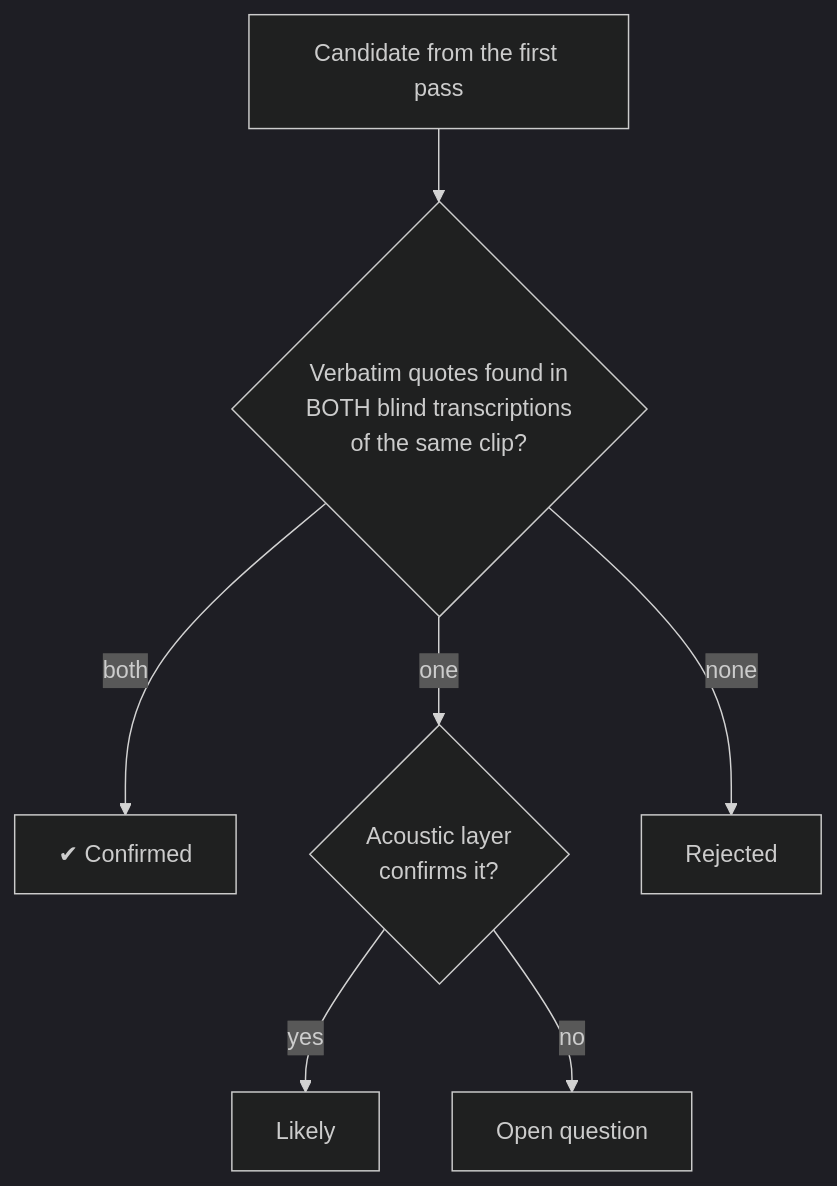
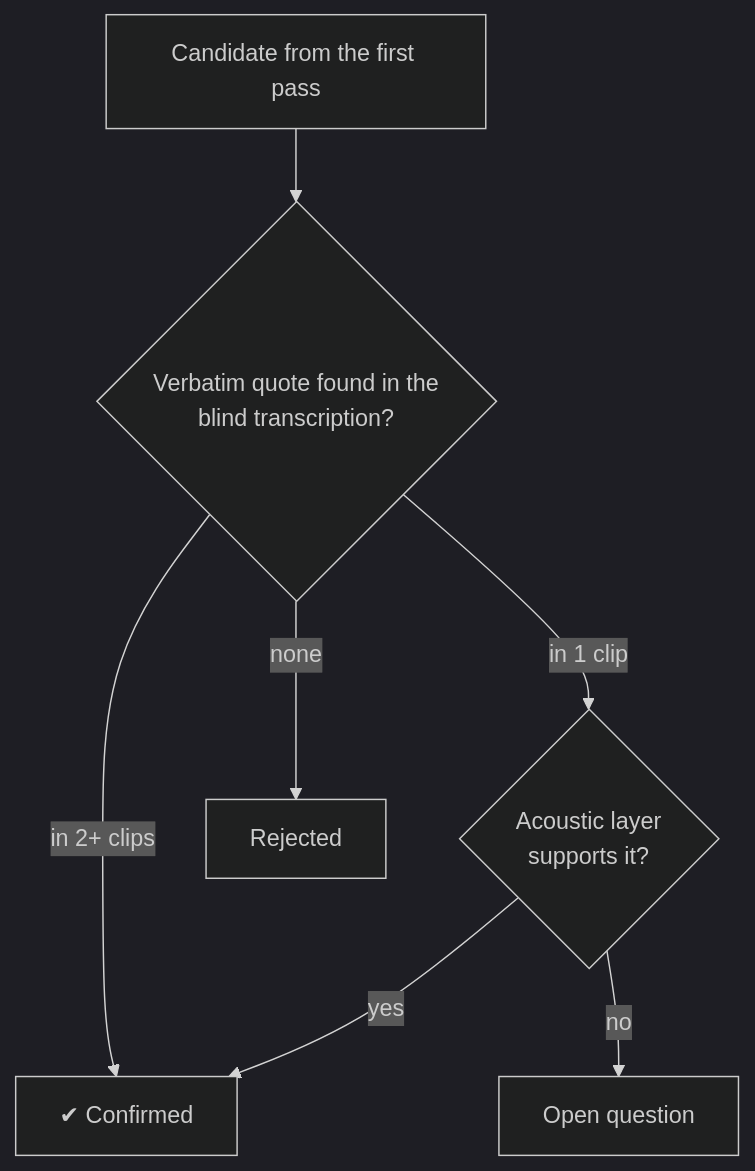
The second of 2 diagrams in README.md (leovvay/vymova), drawn with Mermaid (dark theme) before and after one commit. The commit also changed other lines of this file and 12 other files, not shown here.

First line of the commit message:
feat: single blind model (Gemini 4 Argon) by default; confirmation needs 2+ clips or acoustic support; optional second model in Settings

````diff
--- a/README.md
+++ b/README.md
@@ -87,9 +87,9 @@
 ```mermaid
 flowchart TD
-  cand[Candidate from the first pass] --> quotes{Verbatim quotes found in<br/>BOTH blind transcriptions<br/>of the same clip?}
-  quotes -- both --> conf[✔ Confirmed]
-  quotes -- one --> acou{Acoustic layer<br/>confirms it?}
-  acou -- yes --> likely[Likely]
+  cand[Candidate from the first pass] --> quotes{Verbatim quote found in the<br/>blind transcription?}
+  quotes -- "in 2+ clips" --> conf[✔ Confirmed]
+  quotes -- "in 1 clip" --> acou{Acoustic layer<br/>supports it?}
+  acou -- yes --> conf
   acou -- no --> open[Open question]
   quotes -- none --> rej[Rejected]
 ```
````
